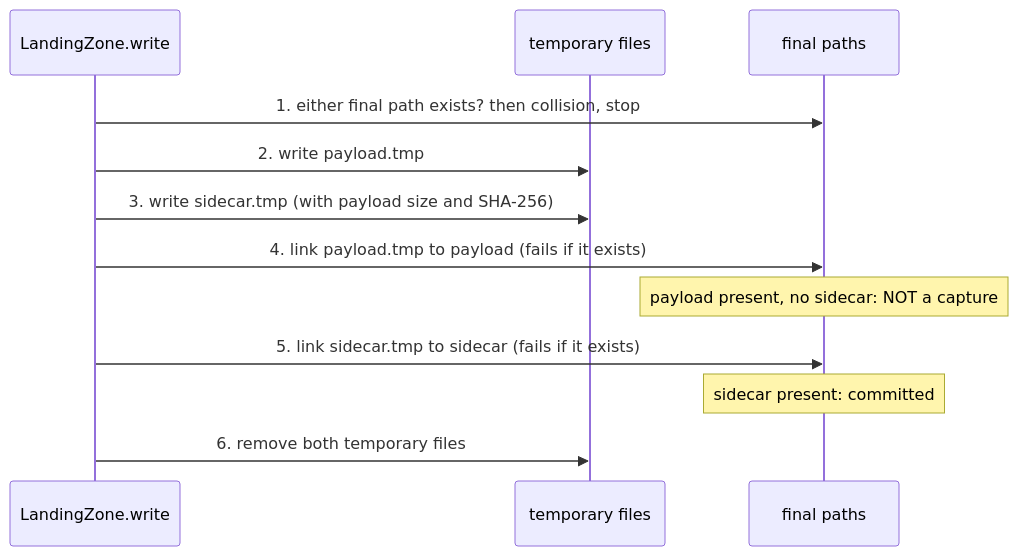
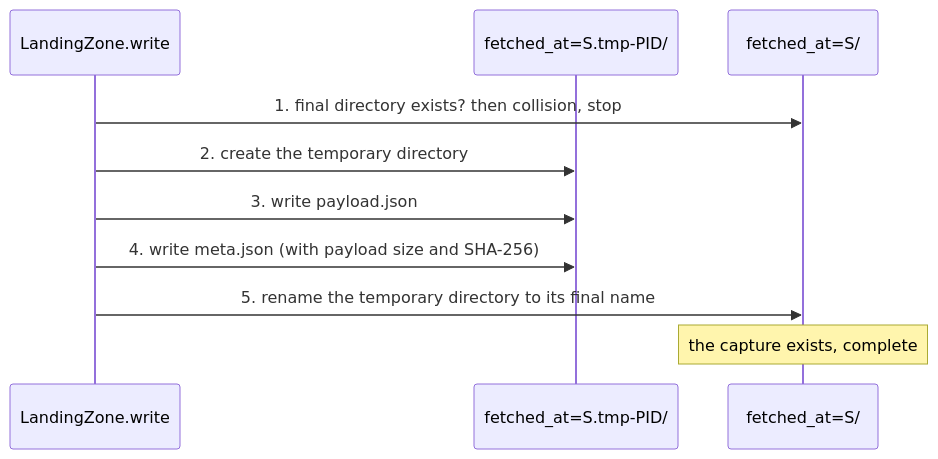
Before and after one commit to nick-socci/front-office: the diagram in docs/specs/0029-committed-captures/design.md, drawn with Mermaid. The commit also changed other lines of this file and 6 other files, not shown here.

Commit message:
Spec: a capture is a directory published by one rename, by the owner's decision (#29)

````diff
--- a/docs/specs/0029-committed-captures/design.md
+++ b/docs/specs/0029-committed-captures/design.md
@@ -15,14 +26,12 @@
 ```mermaid
 sequenceDiagram
   participant W as LandingZone.write
-  participant T as temporary files
-  participant F as final paths
-  W->>F: 1. either final path exists? then collision, stop
-  W->>T: 2. write payload.tmp
-  W->>T: 3. write sidecar.tmp (with payload size and SHA-256)
-  W->>F: 4. link payload.tmp to payload (fails if it exists)
-  Note over F: payload present, no sidecar: NOT a capture
-  W->>F: 5. link sidecar.tmp to sidecar (fails if it exists)
-  Note over F: sidecar present: committed
-  W->>T: 6. remove both temporary files
+  participant T as fetched_at=S.tmp-PID/
+  participant F as fetched_at=S/
+  W->>F: 1. final directory exists? then collision, stop
+  W->>T: 2. create the temporary directory
+  W->>T: 3. write payload.json
+  W->>T: 4. write meta.json (with payload size and SHA-256)
+  W->>F: 5. rename the temporary directory to its final name
+  Note over F: the capture exists, complete
 ```
````
